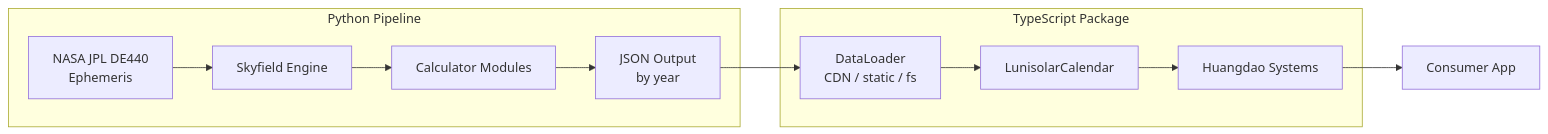
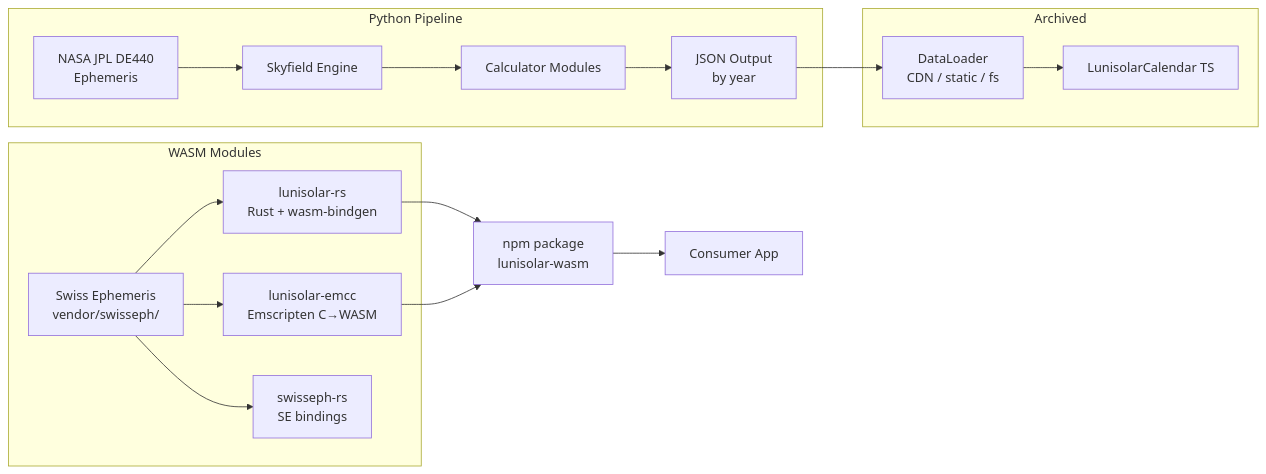
Before and after one commit to huydhoang/lunisolar-calendar: the first of 10 diagrams in ARCHITECTURE.md, drawn with Mermaid. The commit also changed other lines of this file and 1 other file, not shown here.

First line of the commit message:
Update ARCHITECTURE.md and README.md to reflect latest codebase

````diff
--- a/ARCHITECTURE.md
+++ b/ARCHITECTURE.md
@@ -9,16 +9,24 @@
 ```mermaid
 graph LR
     subgraph Python Pipeline
         A[NASA JPL DE440<br/>Ephemeris] --> B[Skyfield Engine]
         B --> C[Calculator Modules]
         C --> D[JSON Output<br/>by year]
     end
 
-    subgraph TypeScript Package
-        D --> E[DataLoader<br/>CDN / static / fs]
-        E --> F[LunisolarCalendar]
-        F --> G[Huangdao Systems]
+    subgraph WASM Modules
+        SE[Swiss Ephemeris<br/>vendor/swisseph/] --> RS[lunisolar-rs<br/>Rust + wasm-bindgen]
+        SE --> EMCC[lunisolar-emcc<br/>Emscripten C→WASM]
+        SE --> SRS[swisseph-rs<br/>SE bindings]
     end
 
-    G --> H[Consumer App]
+    RS --> PKG[npm package<br/>lunisolar-wasm]
+    EMCC --> PKG
+
+    subgraph Archived
+        D --> E[DataLoader<br/>CDN / static / fs]
+        E --> F[LunisolarCalendar TS]
+    end
+
+    PKG --> H[Consumer App]
 ```
````
